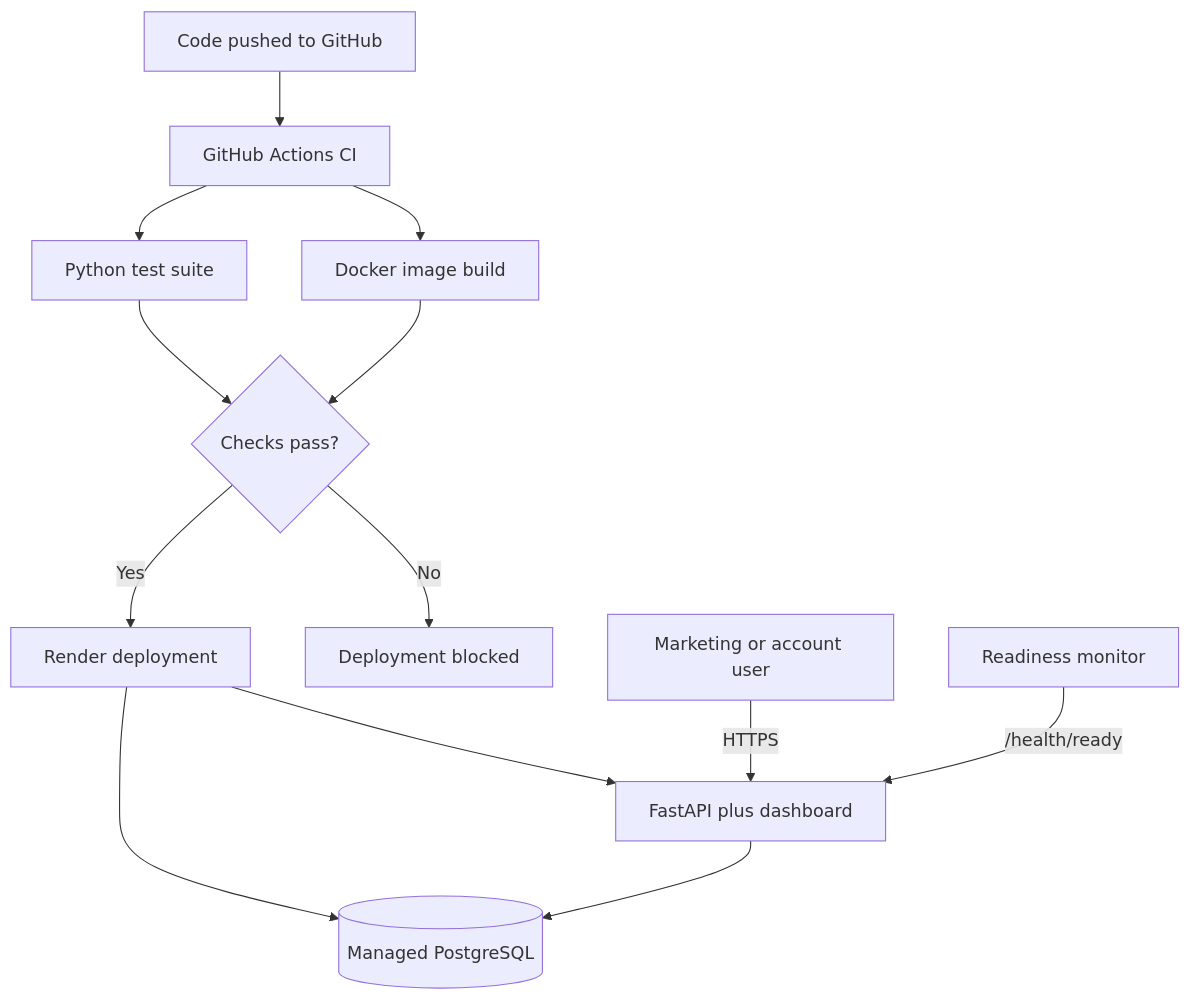
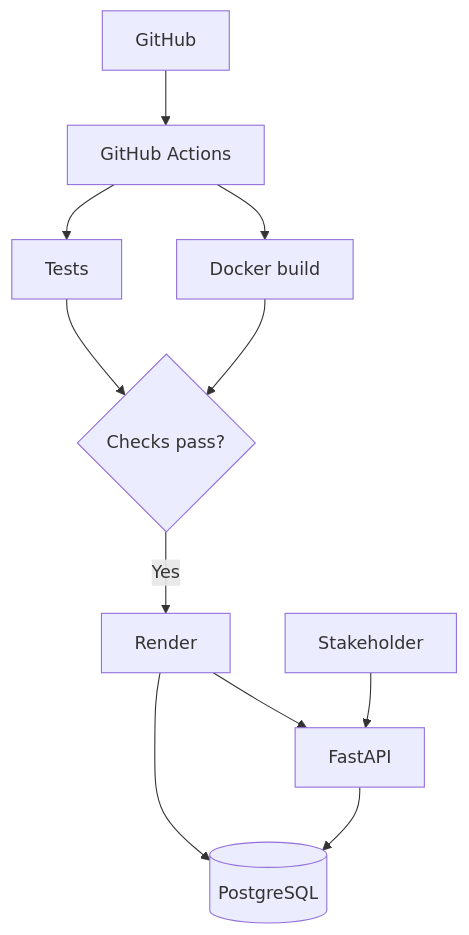
Before and after one commit to danyyen/customer_intelligence_system: the second of 2 diagrams in README.md, drawn with Mermaid. The commit also changed other lines of this file, not shown here.

````diff
--- a/README.md
+++ b/README.md
@@ -104,15 +110,13 @@
 ```mermaid
 flowchart TB
-    Dev[Code pushed to GitHub] --> CI[GitHub Actions CI]
-    CI --> Tests[Python test suite]
-    CI --> Build[Docker image build]
+    Dev[GitHub] --> CI[GitHub Actions]
+    CI --> Tests[Tests]
+    CI --> Build[Docker build]
     Tests --> Gate{Checks pass?}
     Build --> Gate
-    Gate -->|Yes| Render[Render deployment]
-    Gate -->|No| Stop[Deployment blocked]
-    Render --> API[FastAPI plus dashboard]
-    Render --> DB[(Managed PostgreSQL)]
+    Gate -->|Yes| Render[Render]
+    Render --> API[FastAPI]
+    Render --> DB[(PostgreSQL)]
     API --> DB
-    User[Marketing or account user] -->|HTTPS| API
-    Monitor[Readiness monitor] -->|/health/ready| API
+    User[Stakeholder] --> API
 ```
````
